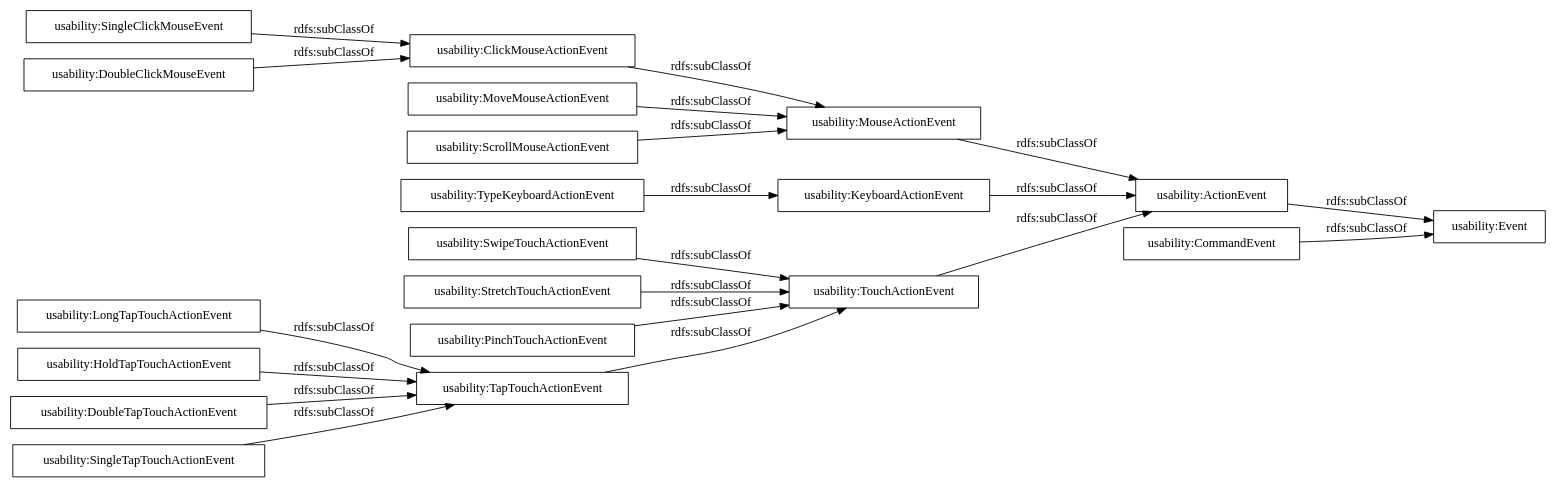
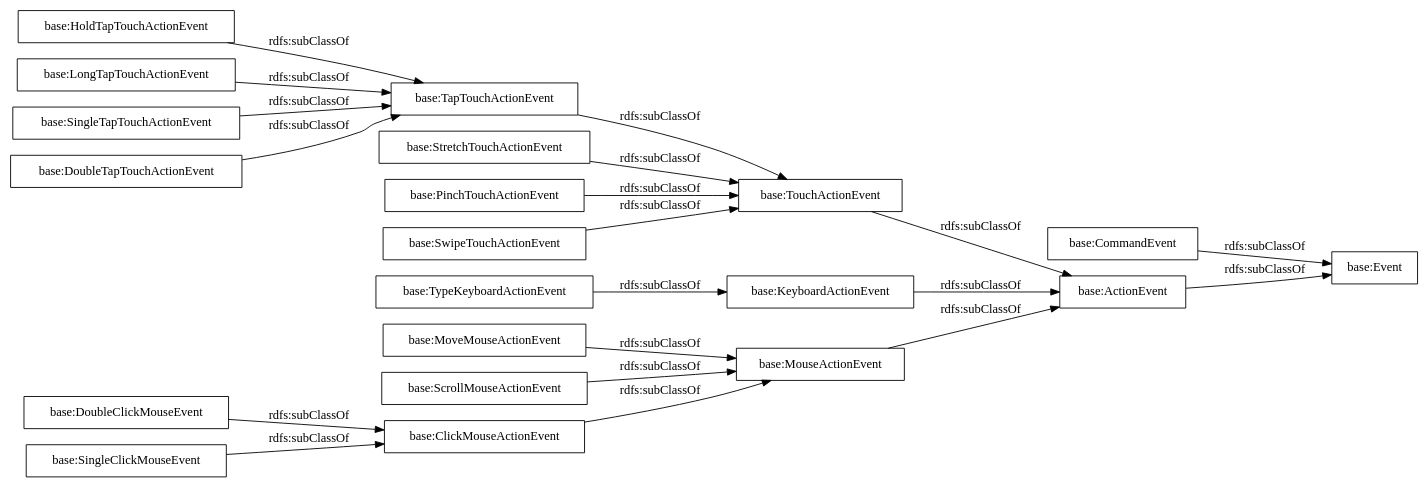
One commit to Renerick/UsabilityOntology changed the diagram in OnToology/UsabilityOntology.rdf/diagrams/ar2dtool-taxonomy/UsabilityOntology.rdf.png.dot. Above: the diagram before and after it, drawn with Graphviz. The commit also changed 13 other files, not shown here.

```diff
--- a/OnToology/UsabilityOntology.rdf/diagrams/ar2dtool-taxonomy/UsabilityOntology.rdf.png.dot
+++ b/OnToology/UsabilityOntology.rdf/diagrams/ar2dtool-taxonomy/UsabilityOntology.rdf.png.dot
@@ -1,25 +1,25 @@
 digraph ar2dtool_diagram { 
 rankdir=LR;
 size="1000"
-node [shape = rectangle, color="black"]; "usability:SwipeTouchActionEvent" "usability:ScrollMouseActionEvent" "usability:DoubleTapTouchActionEvent" "usability:SingleClickMouseEvent" "usability:PinchTouchActionEvent" "usability:DoubleClickMouseEvent" "usability:TypeKeyboardActionEvent" "usability:CommandEvent" "usability:ClickMouseActionEvent" "usability:SingleTapTouchActionEvent" "usability:ActionEvent" "usability:TapTouchActionEvent" "usability:LongTapTouchActionEvent" "usability:StretchTouchActionEvent" "usability:MoveMouseActionEvent" "usability:MouseActionEvent" "usability:HoldTapTouchActionEvent" "usability:Event" "usability:TouchActionEvent" "usability:KeyboardActionEvent" ; /*classes style*/
-	"usability:TapTouchActionEvent" -> "usability:TouchActionEvent" [ label = "rdfs:subClassOf" ];
-	"usability:DoubleClickMouseEvent" -> "usability:ClickMouseActionEvent" [ label = "rdfs:subClassOf" ];
-	"usability:ClickMouseActionEvent" -> "usability:MouseActionEvent" [ label = "rdfs:subClassOf" ];
-	"usability:LongTapTouchActionEvent" -> "usability:TapTouchActionEvent" [ label = "rdfs:subClassOf" ];
-	"usability:HoldTapTouchActionEvent" -> "usability:TapTouchActionEvent" [ label = "rdfs:subClassOf" ];
-	"usability:MoveMouseActionEvent" -> "usability:MouseActionEvent" [ label = "rdfs:subClassOf" ];
-	"usability:CommandEvent" -> "usability:Event" [ label = "rdfs:subClassOf" ];
-	"usability:SingleTapTouchActionEvent" -> "usability:TapTouchActionEvent" [ label = "rdfs:subClassOf" ];
-	"usability:ScrollMouseActionEvent" -> "usability:MouseActionEvent" [ label = "rdfs:subClassOf" ];
-	"usability:DoubleTapTouchActionEvent" -> "usability:TapTouchActionEvent" [ label = "rdfs:subClassOf" ];
-	"usability:TouchActionEvent" -> "usability:ActionEvent" [ label = "rdfs:subClassOf" ];
-	"usability:ActionEvent" -> "usability:Event" [ label = "rdfs:subClassOf" ];
-	"usability:StretchTouchActionEvent" -> "usability:TouchActionEvent" [ label = "rdfs:subClassOf" ];
-	"usability:TypeKeyboardActionEvent" -> "usability:KeyboardActionEvent" [ label = "rdfs:subClassOf" ];
-	"usability:PinchTouchActionEvent" -> "usability:TouchActionEvent" [ label = "rdfs:subClassOf" ];
-	"usability:SingleClickMouseEvent" -> "usability:ClickMouseActionEvent" [ label = "rdfs:subClassOf" ];
-	"usability:SwipeTouchActionEvent" -> "usability:TouchActionEvent" [ label = "rdfs:subClassOf" ];
-	"usability:KeyboardActionEvent" -> "usability:ActionEvent" [ label = "rdfs:subClassOf" ];
-	"usability:MouseActionEvent" -> "usability:ActionEvent" [ label = "rdfs:subClassOf" ];
+node [shape = rectangle, color="black"]; "base:ClickMouseActionEvent" "base:HoldTapTouchActionEvent" "base:MouseActionEvent" "base:LongTapTouchActionEvent" "base:MoveMouseActionEvent" "base:Event" "base:TapTouchActionEvent" "base:DoubleClickMouseEvent" "base:SingleTapTouchActionEvent" "base:ActionEvent" "base:CommandEvent" "base:DoubleTapTouchActionEvent" "base:TouchActionEvent" "base:StretchTouchActionEvent" "base:TypeKeyboardActionEvent" "base:PinchTouchActionEvent" "base:KeyboardActionEvent" "base:SingleClickMouseEvent" "base:SwipeTouchActionEvent" "base:ScrollMouseActionEvent" ; /*classes style*/
+	"base:SingleTapTouchActionEvent" -> "base:TapTouchActionEvent" [ label = "rdfs:subClassOf" ];
+	"base:ActionEvent" -> "base:Event" [ label = "rdfs:subClassOf" ];
+	"base:TapTouchActionEvent" -> "base:TouchActionEvent" [ label = "rdfs:subClassOf" ];
+	"base:DoubleClickMouseEvent" -> "base:ClickMouseActionEvent" [ label = "rdfs:subClassOf" ];
+	"base:CommandEvent" -> "base:Event" [ label = "rdfs:subClassOf" ];
+	"base:TypeKeyboardActionEvent" -> "base:KeyboardActionEvent" [ label = "rdfs:subClassOf" ];
+	"base:TouchActionEvent" -> "base:ActionEvent" [ label = "rdfs:subClassOf" ];
+	"base:MoveMouseActionEvent" -> "base:MouseActionEvent" [ label = "rdfs:subClassOf" ];
+	"base:HoldTapTouchActionEvent" -> "base:TapTouchActionEvent" [ label = "rdfs:subClassOf" ];
+	"base:ScrollMouseActionEvent" -> "base:MouseActionEvent" [ label = "rdfs:subClassOf" ];
+	"base:DoubleTapTouchActionEvent" -> "base:TapTouchActionEvent" [ label = "rdfs:subClassOf" ];
+	"base:PinchTouchActionEvent" -> "base:TouchActionEvent" [ label = "rdfs:subClassOf" ];
+	"base:SingleClickMouseEvent" -> "base:ClickMouseActionEvent" [ label = "rdfs:subClassOf" ];
+	"base:LongTapTouchActionEvent" -> "base:TapTouchActionEvent" [ label = "rdfs:subClassOf" ];
+	"base:SwipeTouchActionEvent" -> "base:TouchActionEvent" [ label = "rdfs:subClassOf" ];
+	"base:KeyboardActionEvent" -> "base:ActionEvent" [ label = "rdfs:subClassOf" ];
+	"base:StretchTouchActionEvent" -> "base:TouchActionEvent" [ label = "rdfs:subClassOf" ];
+	"base:ClickMouseActionEvent" -> "base:MouseActionEvent" [ label = "rdfs:subClassOf" ];
+	"base:MouseActionEvent" -> "base:ActionEvent" [ label = "rdfs:subClassOf" ];
 
 }
```
